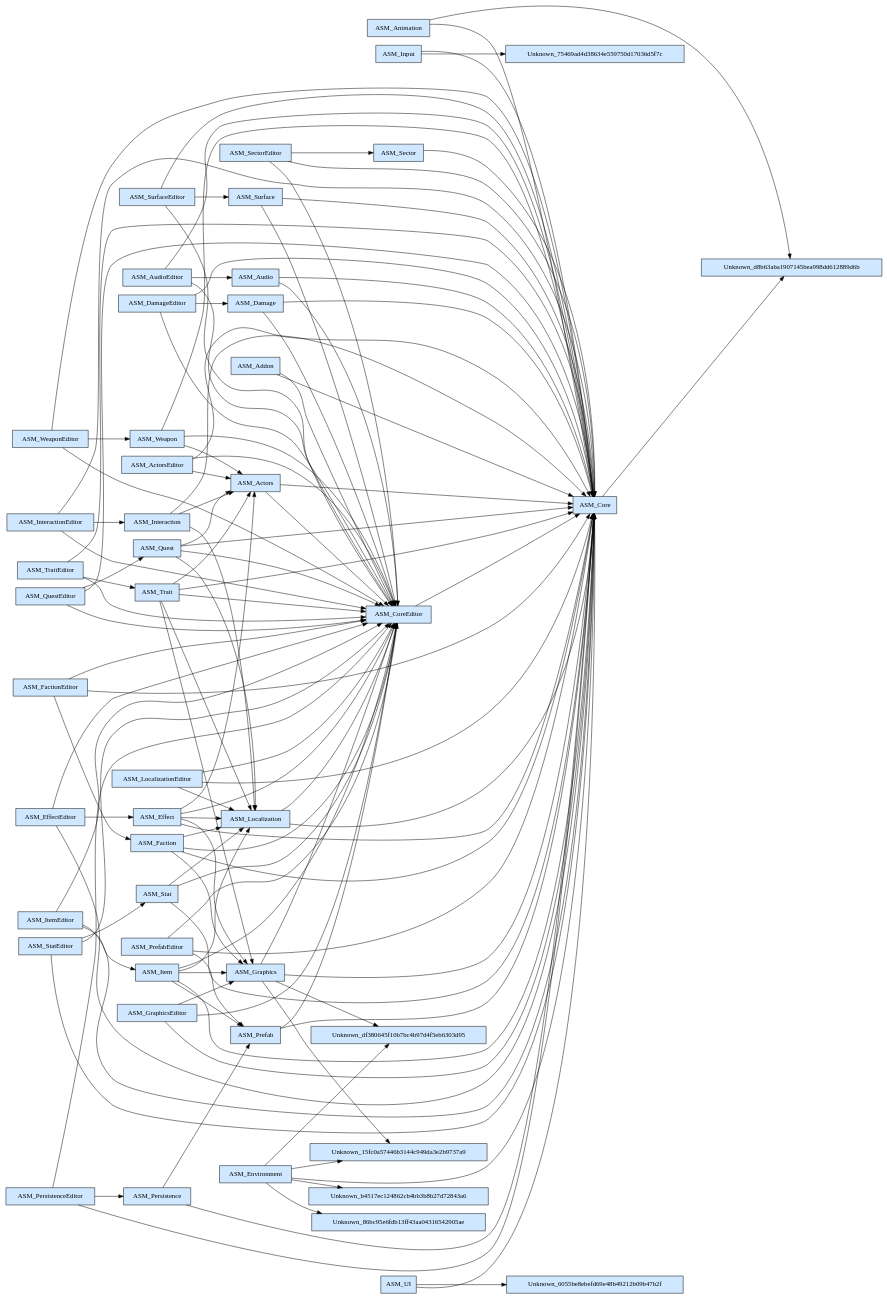
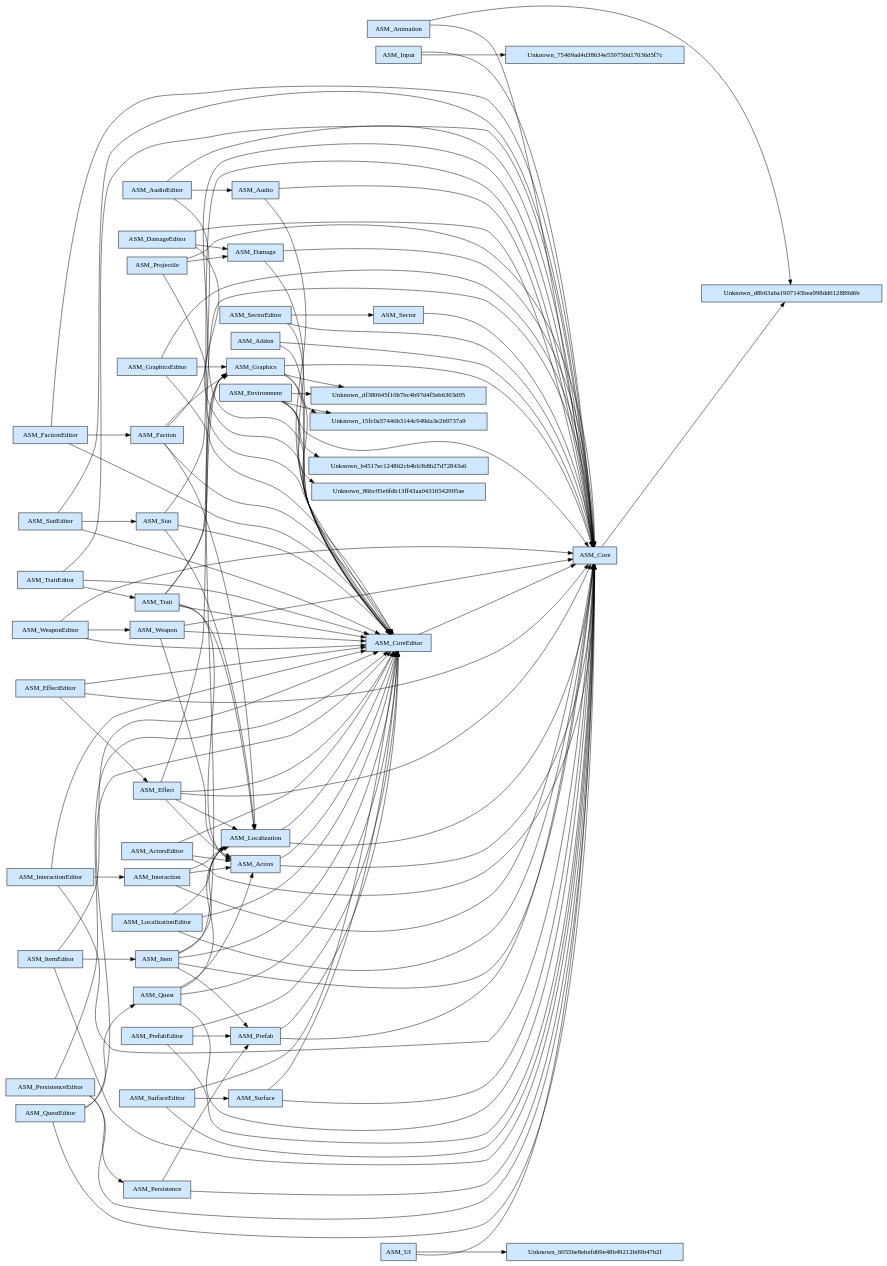
Before and after one commit to cnkblgn/com.cenkbilgin.core: the diagram in Docs~/AssemblyGraph.dot, drawn with Graphviz. The commit also changed 15 other files, not shown here.

```diff
--- a/Docs~/AssemblyGraph.dot
+++ b/Docs~/AssemblyGraph.dot
@@ -1,122 +1,125 @@
 digraph Assemblies
 {
   rankdir=LR;
   node [shape=box, style=filled, fillcolor="#cfe8ff"];
   "ASM_Actors" -> "ASM_Core";
   "ASM_Actors" -> "ASM_CoreEditor";
   "ASM_ActorsEditor" -> "ASM_Core";
   "ASM_ActorsEditor" -> "ASM_CoreEditor";
   "ASM_ActorsEditor" -> "ASM_Actors";
   "ASM_Addon" -> "ASM_Core";
   "ASM_Addon" -> "ASM_CoreEditor";
   "ASM_Animation" -> "Unknown_d8b63aba1907145bea998dd612889d6b";
   "ASM_Animation" -> "ASM_Core";
   "ASM_Audio" -> "ASM_Core";
   "ASM_Audio" -> "ASM_CoreEditor";
   "ASM_AudioEditor" -> "ASM_Core";
   "ASM_AudioEditor" -> "ASM_CoreEditor";
   "ASM_AudioEditor" -> "ASM_Audio";
   "ASM_Core" -> "Unknown_d8b63aba1907145bea998dd612889d6b";
   "ASM_CoreEditor" -> "ASM_Core";
   "ASM_Damage" -> "ASM_Core";
   "ASM_Damage" -> "ASM_CoreEditor";
   "ASM_DamageEditor" -> "ASM_Core";
   "ASM_DamageEditor" -> "ASM_CoreEditor";
   "ASM_DamageEditor" -> "ASM_Damage";
   "ASM_Effect" -> "ASM_Core";
   "ASM_Effect" -> "ASM_CoreEditor";
   "ASM_Effect" -> "ASM_Graphics";
   "ASM_Effect" -> "ASM_Localization";
   "ASM_Effect" -> "ASM_Actors";
   "ASM_EffectEditor" -> "ASM_Core";
   "ASM_EffectEditor" -> "ASM_CoreEditor";
   "ASM_EffectEditor" -> "ASM_Effect";
   "ASM_Environment" -> "ASM_Core";
   "ASM_Environment" -> "Unknown_df380645f10b7bc4b97d4f5eb6303d95";
   "ASM_Environment" -> "Unknown_15fc0a57446b3144c949da3e2b9737a9";
   "ASM_Environment" -> "Unknown_b4517ec124862cb4bb3b8b27d72843a6";
   "ASM_Environment" -> "Unknown_86bc95e6fdb13ff43aa04316542905ae";
   "ASM_Faction" -> "ASM_Core";
   "ASM_Faction" -> "ASM_CoreEditor";
   "ASM_Faction" -> "ASM_Localization";
   "ASM_Faction" -> "ASM_Graphics";
   "ASM_FactionEditor" -> "ASM_Core";
   "ASM_FactionEditor" -> "ASM_CoreEditor";
   "ASM_FactionEditor" -> "ASM_Faction";
   "ASM_Graphics" -> "Unknown_15fc0a57446b3144c949da3e2b9737a9";
   "ASM_Graphics" -> "Unknown_df380645f10b7bc4b97d4f5eb6303d95";
   "ASM_Graphics" -> "ASM_Core";
   "ASM_Graphics" -> "ASM_CoreEditor";
   "ASM_GraphicsEditor" -> "ASM_Core";
   "ASM_GraphicsEditor" -> "ASM_CoreEditor";
   "ASM_GraphicsEditor" -> "ASM_Graphics";
   "ASM_Input" -> "Unknown_75469ad4d38634e559750d17036d5f7c";
   "ASM_Input" -> "ASM_Core";
   "ASM_Interaction" -> "ASM_Core";
   "ASM_Interaction" -> "ASM_Actors";
   "ASM_Interaction" -> "ASM_Localization";
   "ASM_InteractionEditor" -> "ASM_Core";
   "ASM_InteractionEditor" -> "ASM_CoreEditor";
   "ASM_InteractionEditor" -> "ASM_Interaction";
   "ASM_Item" -> "ASM_Core";
   "ASM_Item" -> "ASM_CoreEditor";
   "ASM_Item" -> "ASM_Prefab";
   "ASM_Item" -> "ASM_Localization";
   "ASM_Item" -> "ASM_Graphics";
   "ASM_ItemEditor" -> "ASM_Core";
   "ASM_ItemEditor" -> "ASM_CoreEditor";
   "ASM_ItemEditor" -> "ASM_Item";
   "ASM_Localization" -> "ASM_Core";
   "ASM_Localization" -> "ASM_CoreEditor";
   "ASM_LocalizationEditor" -> "ASM_Core";
   "ASM_LocalizationEditor" -> "ASM_CoreEditor";
   "ASM_LocalizationEditor" -> "ASM_Localization";
   "ASM_Persistence" -> "ASM_Core";
   "ASM_Persistence" -> "ASM_Prefab";
   "ASM_PersistenceEditor" -> "ASM_Core";
   "ASM_PersistenceEditor" -> "ASM_CoreEditor";
   "ASM_PersistenceEditor" -> "ASM_Persistence";
   "ASM_Prefab" -> "ASM_Core";
   "ASM_Prefab" -> "ASM_CoreEditor";
   "ASM_PrefabEditor" -> "ASM_Core";
   "ASM_PrefabEditor" -> "ASM_CoreEditor";
   "ASM_PrefabEditor" -> "ASM_Prefab";
+  "ASM_Projectile" -> "ASM_Core";
+  "ASM_Projectile" -> "ASM_CoreEditor";
+  "ASM_Projectile" -> "ASM_Damage";
   "ASM_Quest" -> "ASM_Core";
   "ASM_Quest" -> "ASM_CoreEditor";
   "ASM_Quest" -> "ASM_Localization";
   "ASM_Quest" -> "ASM_Actors";
   "ASM_QuestEditor" -> "ASM_Core";
   "ASM_QuestEditor" -> "ASM_CoreEditor";
   "ASM_QuestEditor" -> "ASM_Quest";
   "ASM_Sector" -> "ASM_Core";
   "ASM_SectorEditor" -> "ASM_Core";
   "ASM_SectorEditor" -> "ASM_CoreEditor";
   "ASM_SectorEditor" -> "ASM_Sector";
   "ASM_Stat" -> "ASM_Core";
   "ASM_Stat" -> "ASM_CoreEditor";
   "ASM_Stat" -> "ASM_Localization";
   "ASM_StatEditor" -> "ASM_Core";
   "ASM_StatEditor" -> "ASM_CoreEditor";
   "ASM_StatEditor" -> "ASM_Stat";
   "ASM_Surface" -> "ASM_Core";
   "ASM_Surface" -> "ASM_CoreEditor";
   "ASM_SurfaceEditor" -> "ASM_Core";
   "ASM_SurfaceEditor" -> "ASM_CoreEditor";
   "ASM_SurfaceEditor" -> "ASM_Surface";
   "ASM_Trait" -> "ASM_Core";
   "ASM_Trait" -> "ASM_CoreEditor";
   "ASM_Trait" -> "ASM_Actors";
   "ASM_Trait" -> "ASM_Localization";
   "ASM_Trait" -> "ASM_Graphics";
   "ASM_TraitEditor" -> "ASM_Core";
   "ASM_TraitEditor" -> "ASM_CoreEditor";
   "ASM_TraitEditor" -> "ASM_Trait";
   "ASM_UI" -> "Unknown_6055be8ebefd69e48b49212b09b47b2f";
   "ASM_UI" -> "ASM_Core";
   "ASM_Weapon" -> "ASM_Core";
   "ASM_Weapon" -> "ASM_CoreEditor";
   "ASM_Weapon" -> "ASM_Actors";
   "ASM_WeaponEditor" -> "ASM_Core";
   "ASM_WeaponEditor" -> "ASM_CoreEditor";
   "ASM_WeaponEditor" -> "ASM_Weapon";
 }
```
